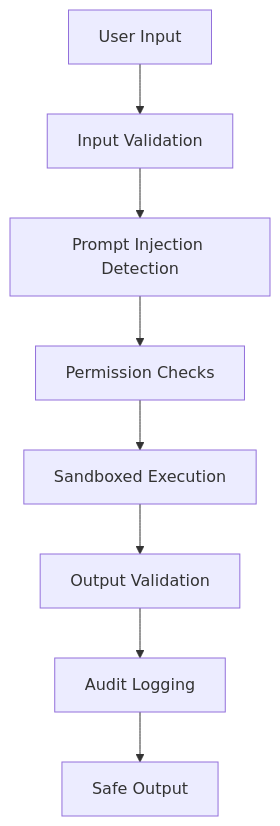
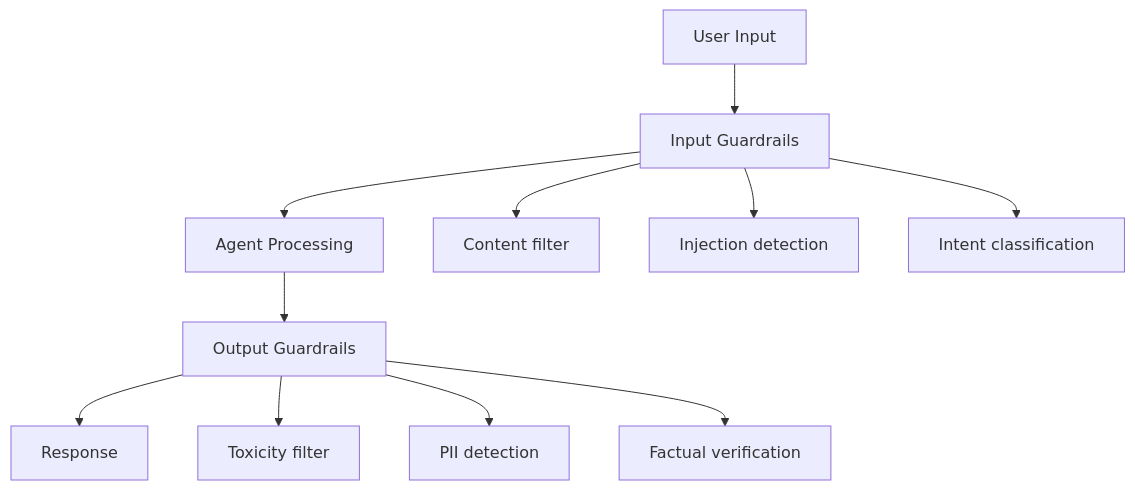
The fourth of 4 diagrams in src/ml/agents/safety.md (vanos001/placement_prep), drawn with Mermaid before and after one commit. The commit also changed other lines of this file and 20 other files, not shown here.

````diff
--- a/src/ml/agents/safety.md
+++ b/src/ml/agents/safety.md
@@ -22,10 +208,15 @@
 ```mermaid
 graph TD
-    INPUT[User Input] --> L1[Input Validation]
-    L1 --> L2[Prompt Injection Detection]
-    L2 --> L3[Permission Checks]
-    L3 --> L4[Sandboxed Execution]
-    L4 --> L5[Output Validation]
-    L5 --> L6[Audit Logging]
-    L6 --> OUTPUT[Safe Output]
+    INPUT[User Input] --> GUARD_IN[Input Guardrails]
+    GUARD_IN --> AGENT[Agent Processing]
+    AGENT --> GUARD_OUT[Output Guardrails]
+    GUARD_OUT --> OUTPUT[Response]
+    
+    GUARD_IN --> IN1[Content filter]
+    GUARD_IN --> IN2[Injection detection]
+    GUARD_IN --> IN3[Intent classification]
+    
+    GUARD_OUT --> OUT1[Toxicity filter]
+    GUARD_OUT --> OUT2[PII detection]
+    GUARD_OUT --> OUT3[Factual verification]
 ```
````
